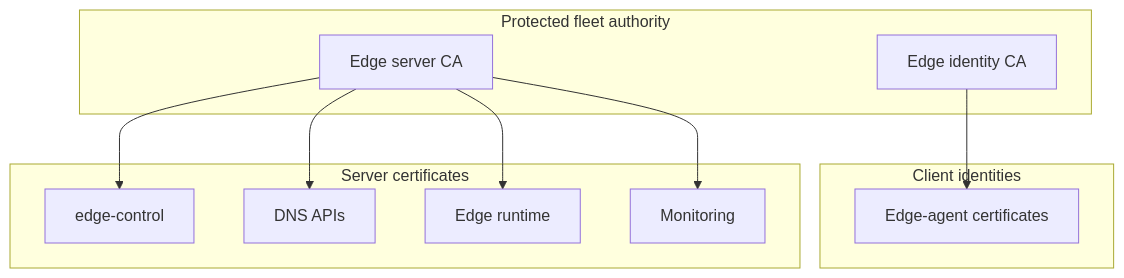
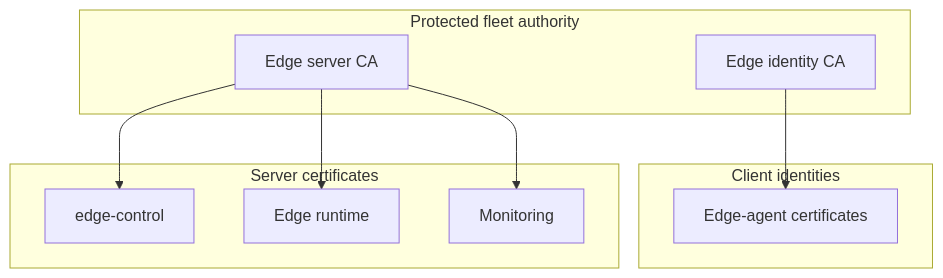
The fifth of 7 diagrams in docs/deployment/production-fleet.md (vaheed/CDNFoundry), drawn with Mermaid before and after one commit. The commit also changed other lines of this file and 17 other files, not shown here.

````diff
--- a/docs/deployment/production-fleet.md
+++ b/docs/deployment/production-fleet.md
@@ -130,16 +130,15 @@
 ```mermaid
 flowchart TB
     subgraph Authority["Protected fleet authority"]
       ICA["Edge identity CA"]
       SCA["Edge server CA"]
     end
     subgraph Identities["Client identities"]
       ICA --> EI["Edge-agent certificates"]
     end
     subgraph Servers["Server certificates"]
       SCA --> CC["edge-control"]
-      SCA --> DC["DNS APIs"]
       SCA --> EC["Edge runtime"]
       SCA --> MC["Monitoring"]
     end
 ```
````
